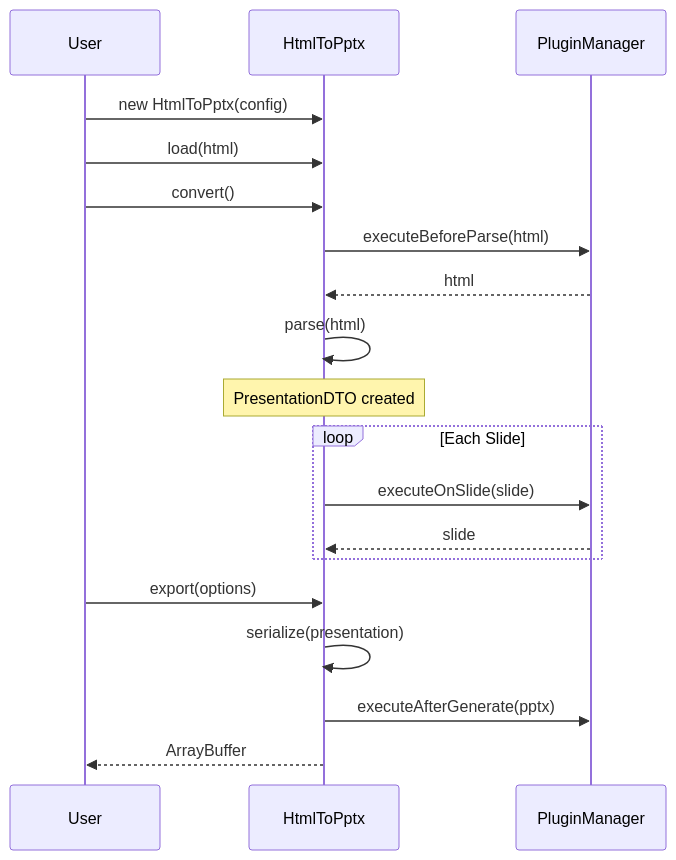
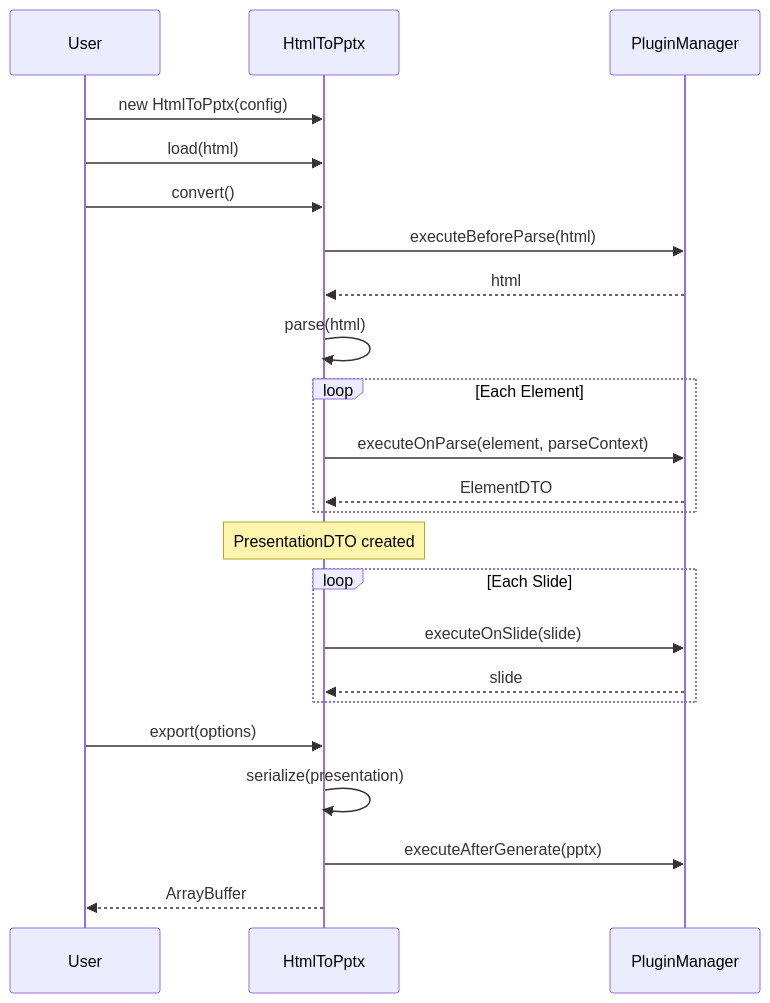
Before and after one commit to christphralden/html-in-pptx-out: the first of 3 diagrams in README.md, drawn with Mermaid. The commit also changed other lines of this file and 7 other files, not shown here.

````diff
--- a/README.md
+++ b/README.md
@@ -88,22 +88,26 @@
 ```mermaid
 sequenceDiagram
     participant User
     participant HtmlToPptx
     participant PluginManager
 
     User->>HtmlToPptx: new HtmlToPptx(config)
     User->>HtmlToPptx: load(html)
     User->>HtmlToPptx: convert()
     HtmlToPptx->>PluginManager: executeBeforeParse(html)
     PluginManager-->>HtmlToPptx: html
     HtmlToPptx->>HtmlToPptx: parse(html)
+    loop Each Element
+        HtmlToPptx->>PluginManager: executeOnParse(element, parseContext)
+        PluginManager-->>HtmlToPptx: ElementDTO
+    end
     Note over HtmlToPptx: PresentationDTO created
     loop Each Slide
         HtmlToPptx->>PluginManager: executeOnSlide(slide)
         PluginManager-->>HtmlToPptx: slide
     end
     User->>HtmlToPptx: export(options)
     HtmlToPptx->>HtmlToPptx: serialize(presentation)
     HtmlToPptx->>PluginManager: executeAfterGenerate(pptx)
     HtmlToPptx-->>User: ArrayBuffer
 ```
````
